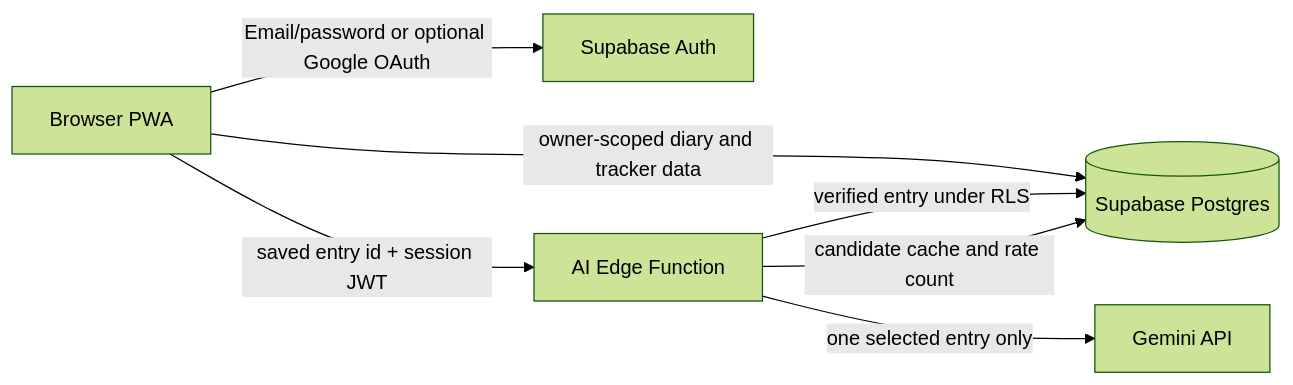
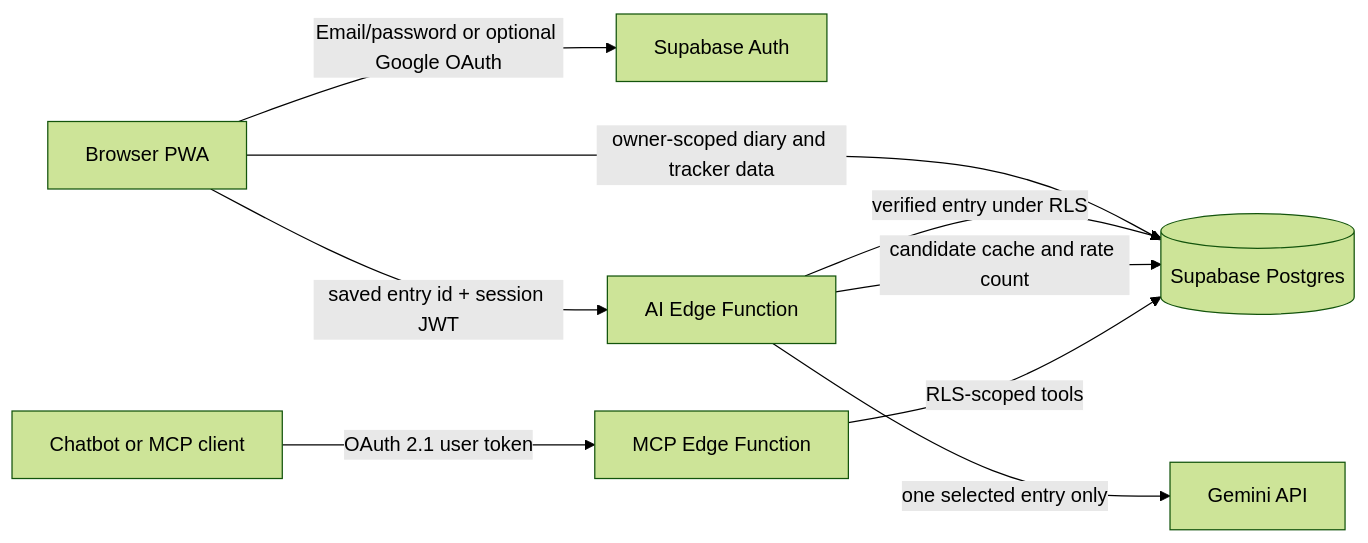
Before and after one commit to och9854/life-tracker: the diagram in docs/architecture.md, drawn with Mermaid (forest theme). The commit also changed other lines of this file and 15 other files, not shown here.

Commit message:
Add personal OAuth MCP capture endpoint

````diff
--- a/docs/architecture.md
+++ b/docs/architecture.md
@@ -11,9 +11,11 @@
 ```mermaid
 flowchart LR
   B[Browser PWA] -->|Email/password or optional Google OAuth| A[Supabase Auth]
   B -->|owner-scoped diary and tracker data| D[(Supabase Postgres)]
   B -->|saved entry id + session JWT| F[AI Edge Function]
   F -->|verified entry under RLS| D
   F -->|one selected entry only| G[Gemini API]
   F -->|candidate cache and rate count| D
+  C[Chatbot or MCP client] -->|OAuth 2.1 user token| M[MCP Edge Function]
+  M -->|RLS-scoped tools| D
 ```
````
